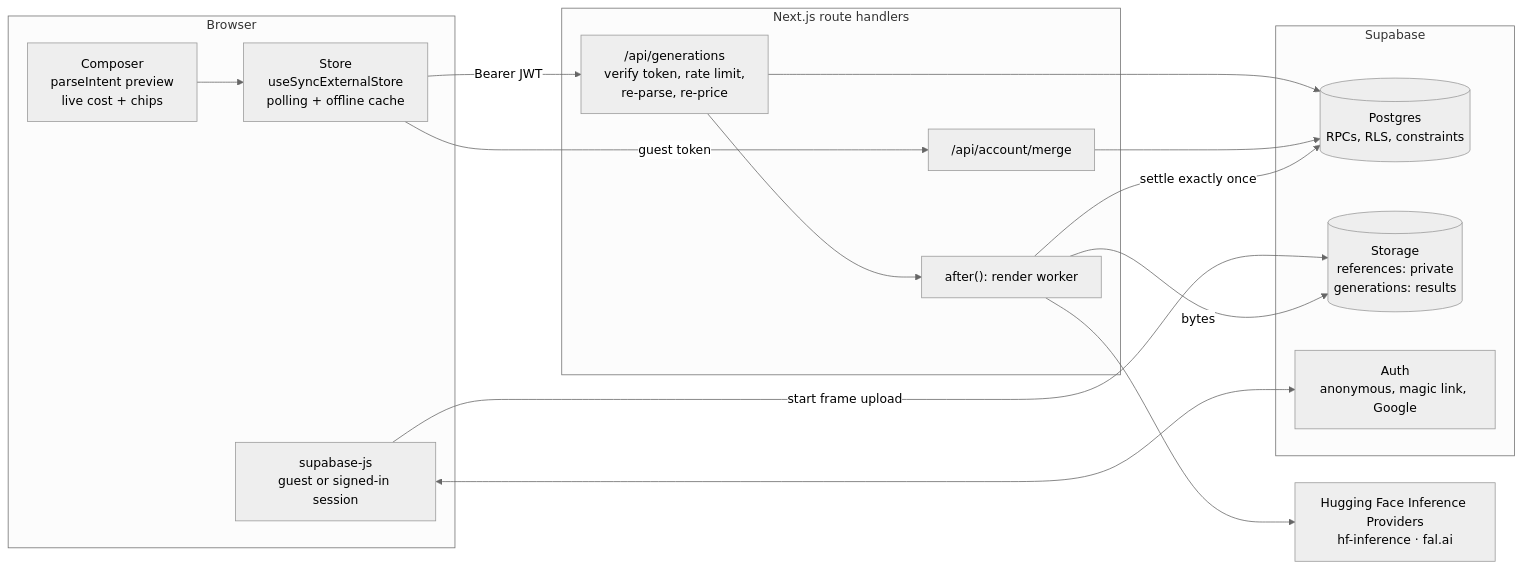
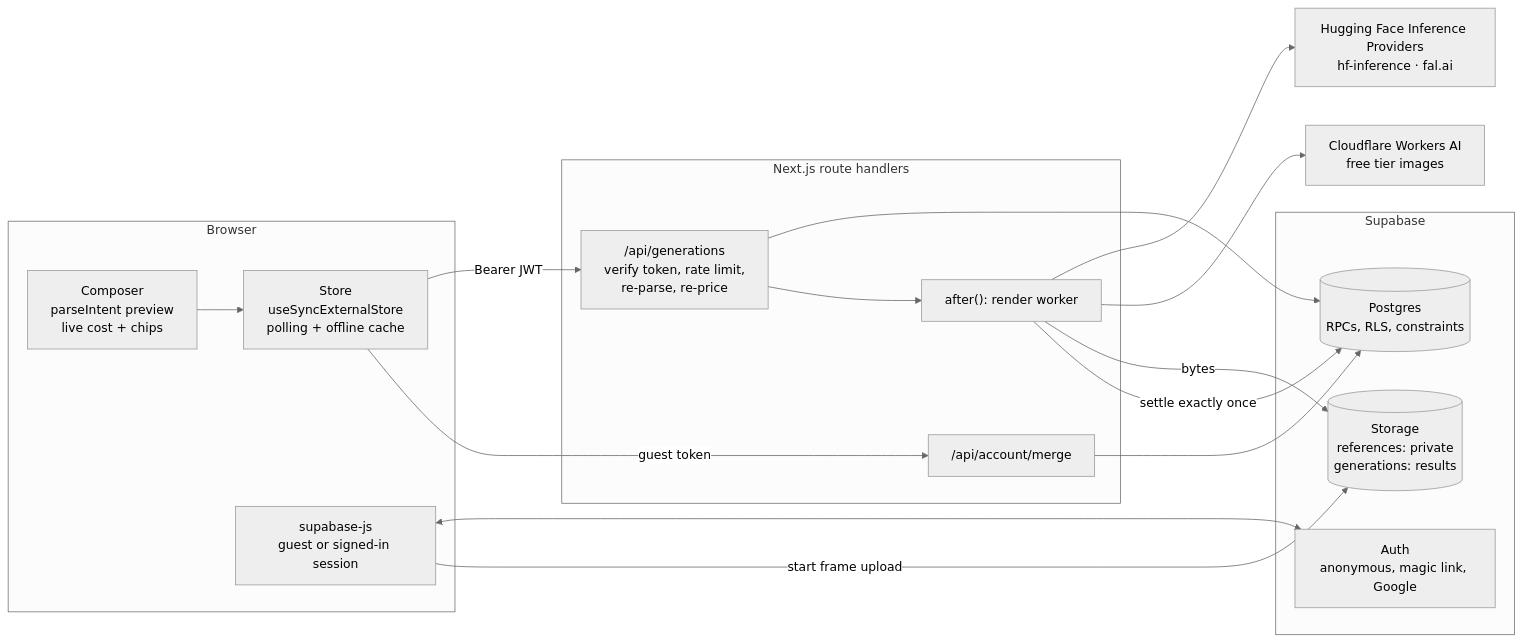
Before and after one commit to DevHusnainAi/higgsfield-clone: the first of 3 diagrams in README.md, drawn with Mermaid (neutral theme). The commit also changed other lines of this file and 15 other files, not shown here.

First line of the commit message:
feat(render): free tier images on Cloudflare Workers AI (SDXL Lightning); plain-words fallback notice

````diff
--- a/README.md
+++ b/README.md
@@ -80,27 +80,29 @@
 ```mermaid
 flowchart LR
   subgraph Browser
     C[Composer<br/>parseIntent preview<br/>live cost + chips]
     S[Store<br/>useSyncExternalStore<br/>polling + offline cache]
     A[supabase-js<br/>guest or signed-in session]
   end
   subgraph "Next.js route handlers"
     G["/api/generations<br/>verify token, rate limit,<br/>re-parse, re-price"]
     M["/api/account/merge"]
     W["after(): render worker"]
   end
   subgraph Supabase
     P[(Postgres<br/>RPCs, RLS, constraints)]
     ST[(Storage<br/>references: private<br/>generations: results)]
     AU[Auth<br/>anonymous, magic link, Google]
   end
   HF[Hugging Face Inference Providers<br/>hf-inference · fal.ai]
+  CF[Cloudflare Workers AI<br/>free tier images]
 
   C --> S -->|Bearer JWT| G --> P
   A <--> AU
   A -->|start frame upload| ST
   S -->|guest token| M --> P
   G --> W --> HF
+  W --> CF
   W -->|bytes| ST
   W -->|settle exactly once| P
 ```
````
